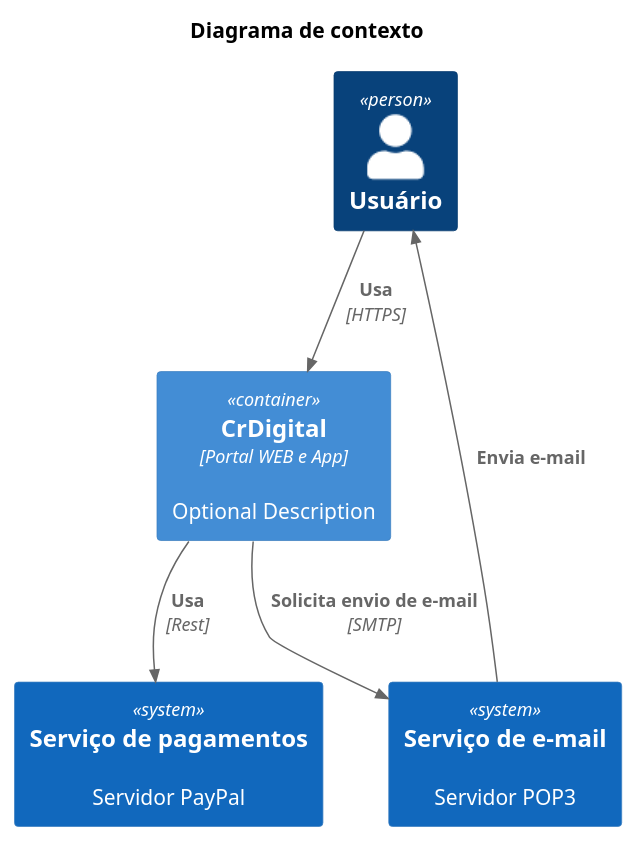
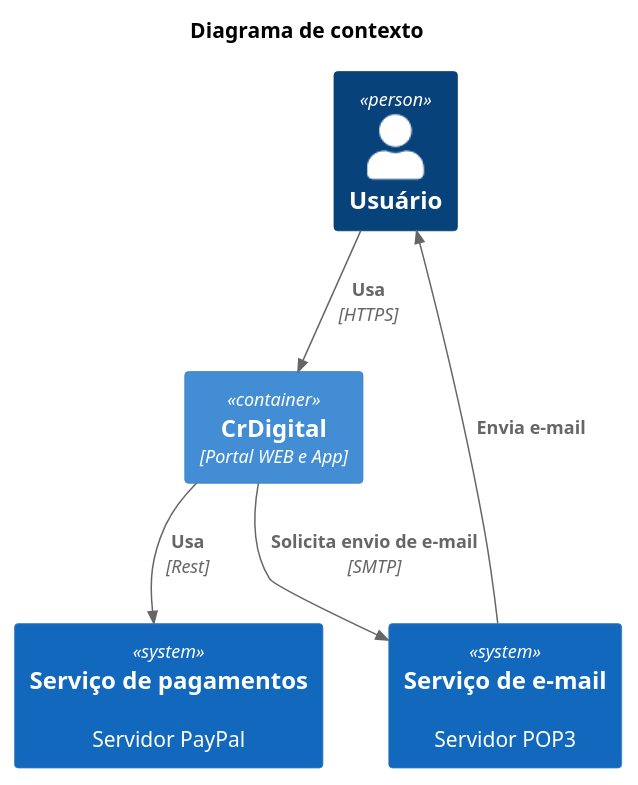
One commit to elissonlobao/igti-arq-web-trabalho-pratico changed the diagram in src/01-diagrama-contexto/01-diagrama_contexto.puml. Above: the diagram before and after it, drawn with PlantUML. The commit also changed 4 other files, not shown here.

Commit message:
Atualização do Diagrama de contexto

```diff
--- a/src/01-diagrama-contexto/01-diagrama_contexto.puml
+++ b/src/01-diagrama-contexto/01-diagrama_contexto.puml
@@ -1,16 +1,16 @@
 @startuml C4_Elements
 !include shared/C4/C4_Container.puml
 
 title Diagrama de contexto
 
 Person(persona, "Usuário")
-Container(container, "CrDigital", "Portal WEB e App", "Optional Description")
+Container(container, "CrDigital", "Portal WEB e App")
 System(servidorEmail, "Serviço de e-mail", "Servidor POP3")
 System(servidorPaypal, "Serviço de pagamentos", "Servidor PayPal")
 
 Rel(persona, container, "Usa", "HTTPS")
 Rel(container, servidorEmail, "Solicita envio de e-mail", "SMTP")
 Rel(container, servidorPaypal, "Usa", "Rest")
 Rel(servidorEmail, persona, "Envia e-mail")
 
 @enduml
```
